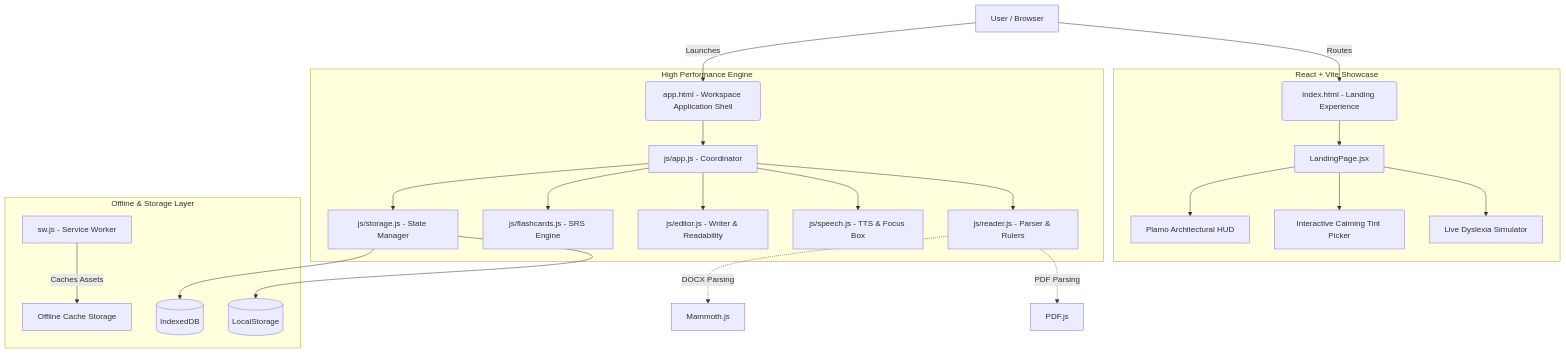
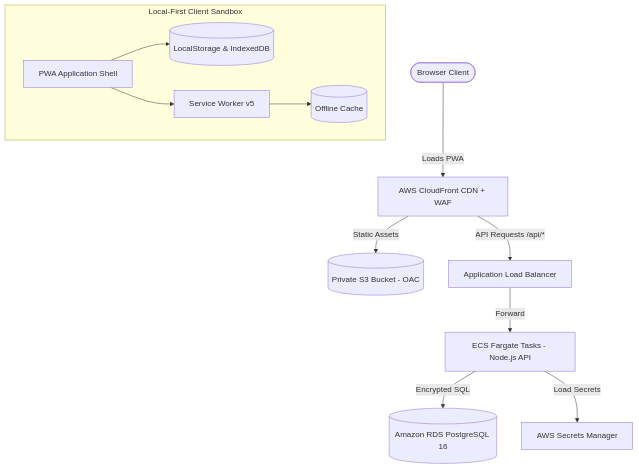
Before and after one commit to anshu706/Dyslexia-Assistant: the diagram in README.md, drawn with Mermaid. The commit also changed other lines of this file and 10 other files, not shown here.

````diff
--- a/README.md
+++ b/README.md
@@ -174,30 +150,15 @@
 ```mermaid
 graph TD
-    A[User / Browser] -->|Routes| B(index.html - Landing Experience)
-    A -->|Launches| C(app.html - Workspace Application Shell)
-    
-    subgraph Landing Experience [React + Vite Showcase]
-        B --> D[LandingPage.jsx]
-        D --> E[Live Dyslexia Simulator]
-        D --> F[Interactive Calming Tint Picker]
-        D --> G[Plamo Architectural HUD]
+    User([Browser Client]) -->|Loads PWA| CF[AWS CloudFront CDN + WAF]
+    CF -->|Static Assets| S3[(Private S3 Bucket - OAC)]
+    CF -->|API Requests /api/*| ALB[Application Load Balancer]
+    ALB -->|Forward| ECS[ECS Fargate Tasks - Node.js API]
+    ECS -->|Encrypted SQL| RDS[(Amazon RDS PostgreSQL 16)]
+    ECS -->|Load Secrets| SM[AWS Secrets Manager]
+
+    subgraph Browser Client [Local-First Client Sandbox]
+        App[PWA Application Shell] --> Storage[(LocalStorage & IndexedDB)]
+        App --> SW[Service Worker v5]
+        SW --> Cache[(Offline Cache)]
     end
-    
-    subgraph Workspace Shell [High Performance Engine]
-        C --> H[js/app.js - Coordinator]
-        H --> I[js/reader.js - Parser & Rulers]
-        H --> J[js/speech.js - TTS & Focus Box]
-        H --> K[js/editor.js - Writer & Readability]
-        H --> L[js/flashcards.js - SRS Engine]
-        H --> M[js/storage.js - State Manager]
-    end
-    
-    subgraph Offline & Storage Layer
-        M --> N[(LocalStorage)]
-        M --> O[(IndexedDB)]
-        P[sw.js - Service Worker] -->|Caches Assets| Q[Offline Cache Storage]
-    end
-    
-    I -.->|PDF Parsing| R[PDF.js]
-    I -.->|DOCX Parsing| S[Mammoth.js]
 ```
````
